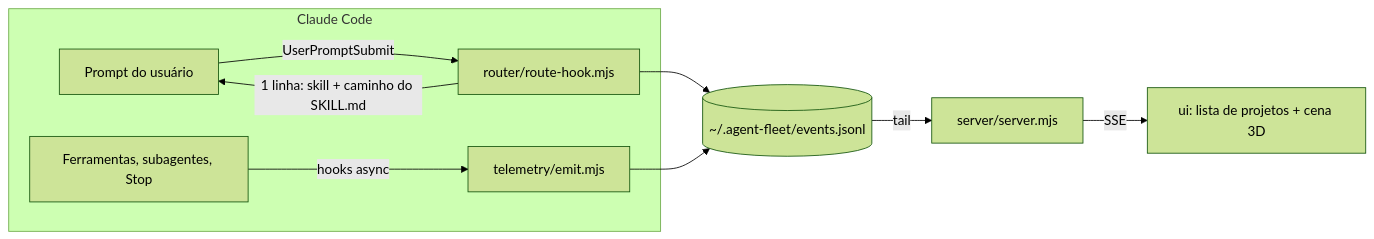
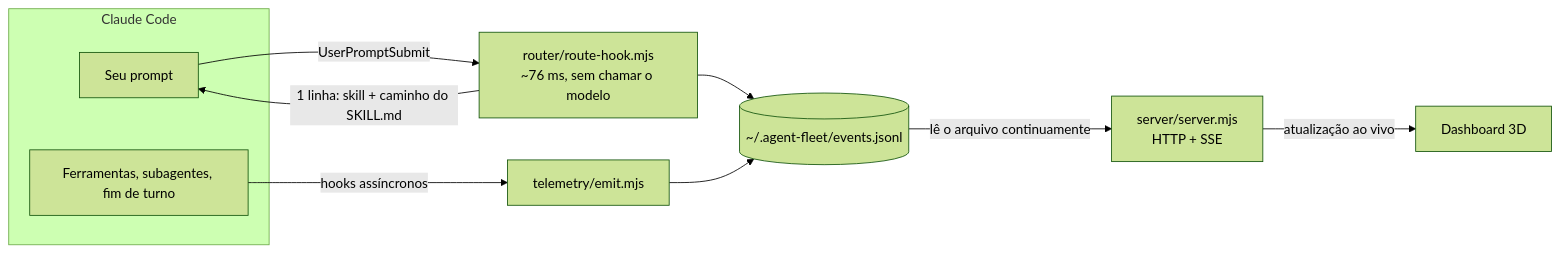
One commit to carloscjm/agent-fleet-3d changed the first of 2 diagrams in README.md. Above: the diagram before and after it, drawn with Mermaid (forest theme). The commit also changed other lines of this file and 7 other files, not shown here.

First line of the commit message:
docs: README completo com GIF, prints, diagramas e guia de uso

````diff
--- a/README.md
+++ b/README.md
@@ -39,12 +128,14 @@
 ```mermaid
 flowchart LR
-  subgraph Claude Code
-    P[Prompt do usuário] -->|UserPromptSubmit| R[router/route-hook.mjs]
-    T[Ferramentas, subagentes, Stop] -->|hooks async| E[telemetry/emit.mjs]
+  subgraph CC["Claude Code"]
+    P["Seu prompt"]
+    T["Ferramentas, subagentes, fim de turno"]
   end
-  R -->|1 linha: skill + caminho do SKILL.md| P
-  R --> F[(~/.agent-fleet/events.jsonl)]
+  P -->|UserPromptSubmit| R["router/route-hook.mjs<br/>~76 ms, sem chamar o modelo"]
+  R -->|"1 linha: skill + caminho do SKILL.md"| P
+  T -->|"hooks assíncronos"| E["telemetry/emit.mjs"]
+  R --> F[("~/.agent-fleet/events.jsonl")]
   E --> F
-  F -->|tail| S[server/server.mjs]
-  S -->|SSE| U[ui: lista de projetos + cena 3D]
+  F -->|"lê o arquivo continuamente"| S["server/server.mjs<br/>HTTP + SSE"]
+  S -->|"atualização ao vivo"| U["Dashboard 3D"]
 ```
````
